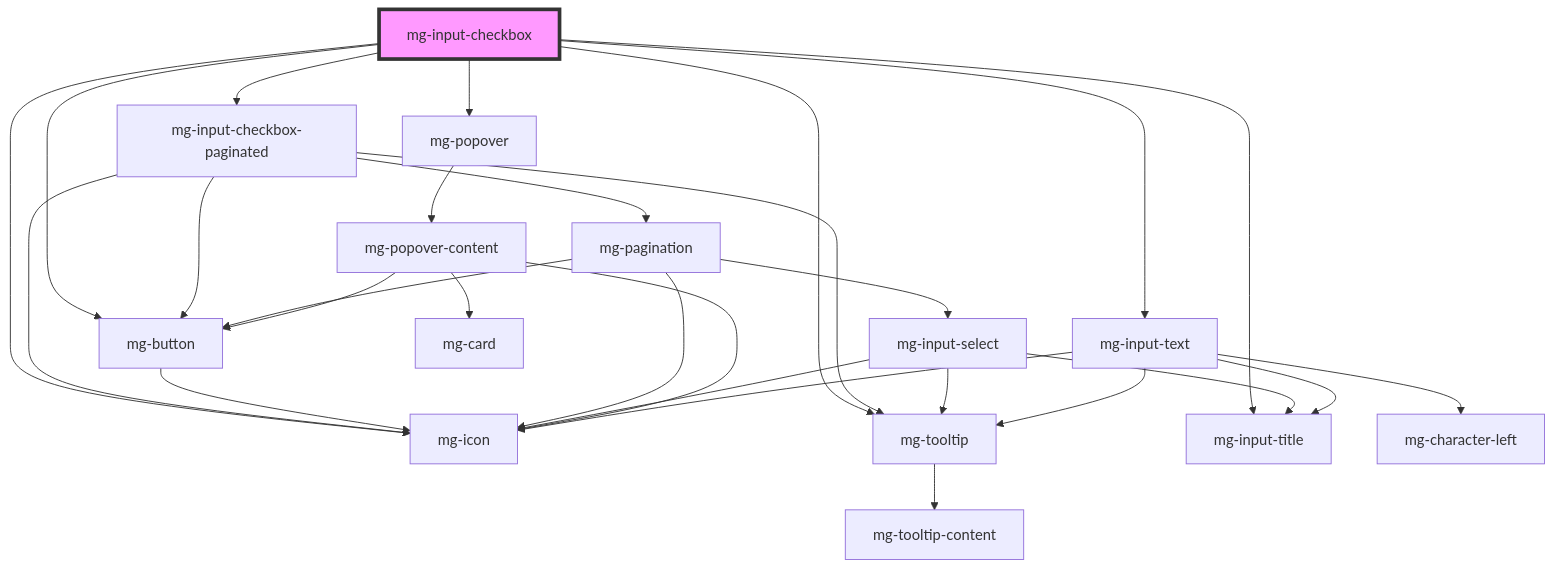
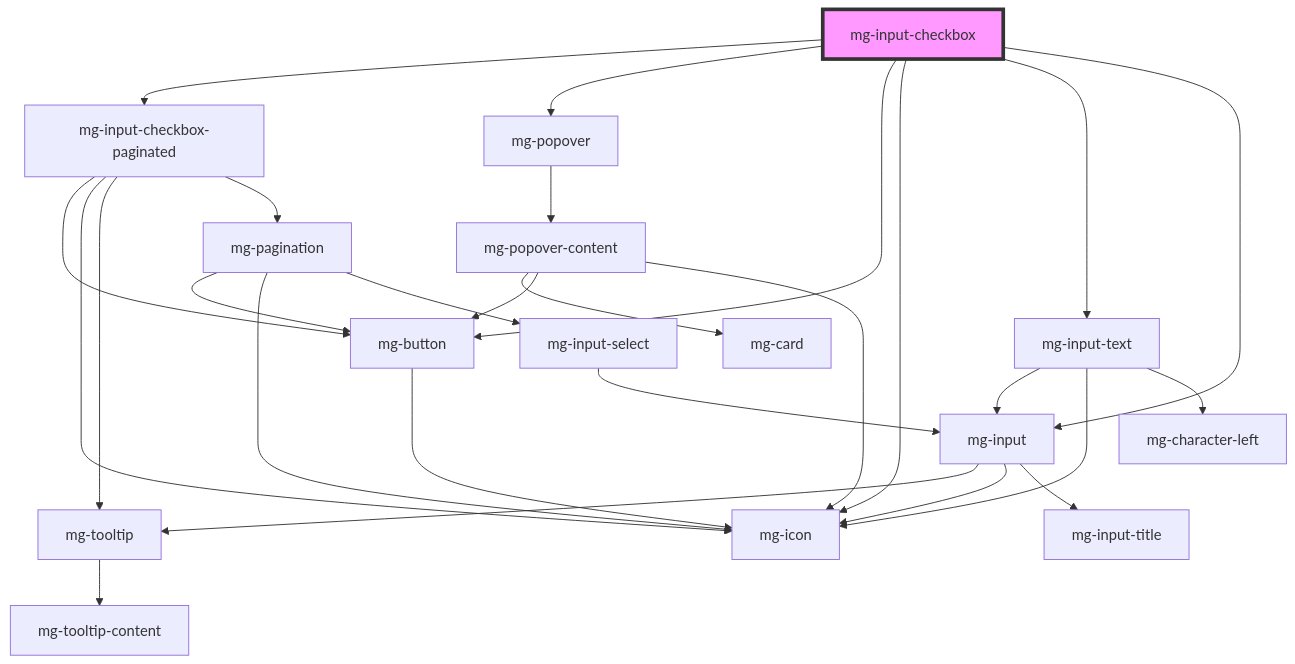
Before and after one commit to MGDIS/core-ui: the diagram in packages/mg-components/src/components/molecules/inputs/mg-input-checkbox/readme.md, drawn with Mermaid. The commit also changed other lines of this file and 39 other files, not shown here.

````diff
--- a/packages/mg-components/src/components/molecules/inputs/mg-input-checkbox/readme.md
+++ b/packages/mg-components/src/components/molecules/inputs/mg-input-checkbox/readme.md
@@ -149,31 +148,30 @@
 ```mermaid
 graph TD;
   mg-input-checkbox --> mg-input-checkbox-paginated
   mg-input-checkbox --> mg-popover
   mg-input-checkbox --> mg-button
   mg-input-checkbox --> mg-icon
   mg-input-checkbox --> mg-input-text
-  mg-input-checkbox --> mg-tooltip
-  mg-input-checkbox --> mg-input-title
+  mg-input-checkbox --> mg-input
   mg-input-checkbox-paginated --> mg-button
   mg-input-checkbox-paginated --> mg-icon
   mg-input-checkbox-paginated --> mg-tooltip
   mg-input-checkbox-paginated --> mg-pagination
   mg-button --> mg-icon
   mg-tooltip --> mg-tooltip-content
   mg-pagination --> mg-button
   mg-pagination --> mg-icon
   mg-pagination --> mg-input-select
-  mg-input-select --> mg-tooltip
-  mg-input-select --> mg-icon
-  mg-input-select --> mg-input-title
+  mg-input-select --> mg-input
+  mg-input --> mg-tooltip
+  mg-input --> mg-icon
+  mg-input --> mg-input-title
   mg-popover --> mg-popover-content
   mg-popover-content --> mg-card
   mg-popover-content --> mg-button
   mg-popover-content --> mg-icon
+  mg-input-text --> mg-input
   mg-input-text --> mg-icon
   mg-input-text --> mg-character-left
-  mg-input-text --> mg-tooltip
-  mg-input-text --> mg-input-title
   style mg-input-checkbox fill:#f9f,stroke:#333,stroke-width:4px
 ```
````
